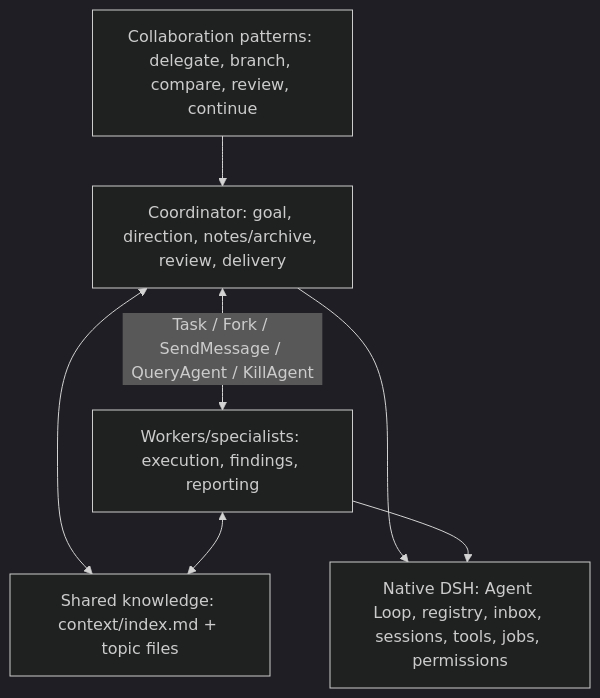
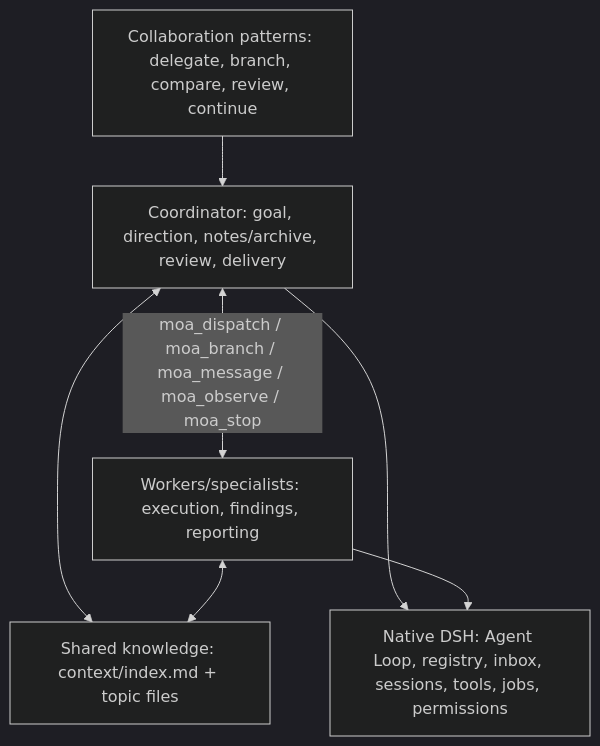
Before and after one commit to Burns1028/moa-plus: the first of 2 diagrams in docs/architecture.md, drawn with Mermaid (dark theme). The commit also changed other lines of this file and 87 other files, not shown here.

````diff
--- a/docs/architecture.md
+++ b/docs/architecture.md
@@ -11,14 +11,14 @@
 ```mermaid
 flowchart TB
     P["Collaboration patterns: delegate, branch, compare, review, continue"]
     C["Coordinator: goal, direction, notes/archive, review, delivery"]
     W["Workers/specialists: execution, findings, reporting"]
     M["Shared knowledge: context/index.md + topic files"]
     K["Native DSH: Agent Loop, registry, inbox, sessions, tools, jobs, permissions"]
     P --> C
-    C <-->|"Task / Fork / SendMessage / QueryAgent / KillAgent"| W
+    C <-->|"moa_dispatch / moa_branch / moa_message / moa_observe / moa_stop"| W
     C <--> M
     W <--> M
     C --> K
     W --> K
 ```
````
